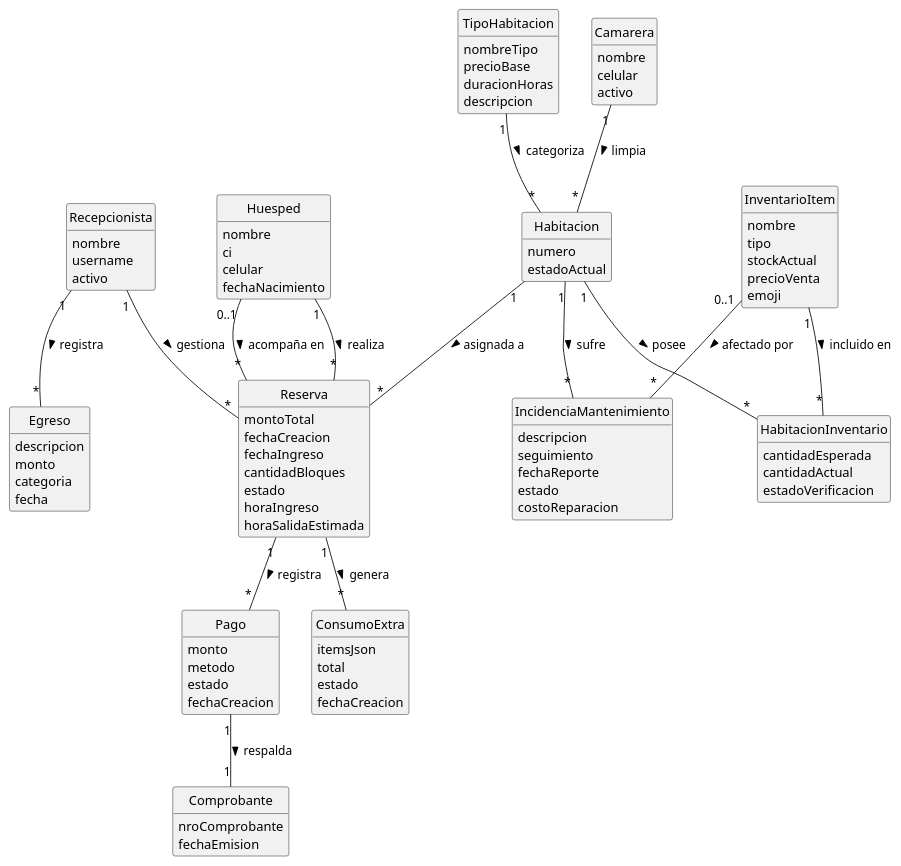
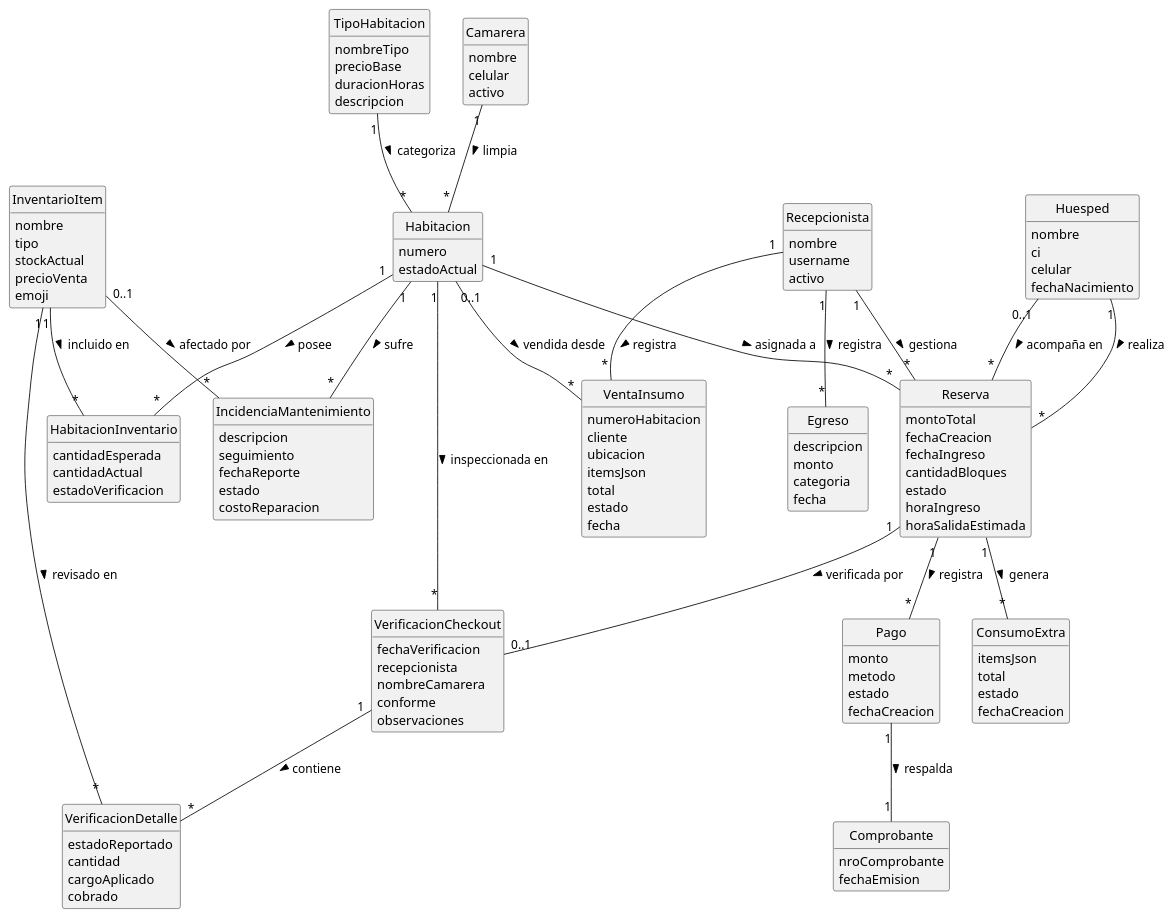
One commit to Tsmrain/GestionSistemas changed diagram 31 of 36 in RefactorV4.md. Above: the diagram before and after it, drawn with PlantUML. The commit also changed other lines of this file and 1 other file, not shown here.

````diff
--- a/RefactorV4.md
+++ b/RefactorV4.md
@@ -1777,6 +1771,31 @@
   fecha
 }
 
+class VentaInsumo {
+  numeroHabitacion
+  cliente
+  ubicacion
+  itemsJson
+  total
+  estado
+  fecha
+}
+
+class VerificacionCheckout {
+  fechaVerificacion
+  recepcionista
+  nombreCamarera
+  conforme
+  observaciones
+}
+
+class VerificacionDetalle {
+  estadoReportado
+  cantidad
+  cargoAplicado
+  cobrado
+}
+
 Huesped "1" -- "*" Reserva : realiza >
 Huesped "0..1" -- "*" Reserva : acompaña en >
 Habitacion "1" -- "*" Reserva : asignada a >
@@ -1791,5 +1810,11 @@
 Recepcionista "1" -- "*" Reserva : gestiona >
 Camarera "1" -- "*" Habitacion : limpia >
 Recepcionista "1" -- "*" Egreso : registra >
+Recepcionista "1" -- "*" VentaInsumo : registra >
+Habitacion "0..1" -- "*" VentaInsumo : vendida desde >
+Reserva "1" -- "0..1" VerificacionCheckout : verificada por >
+Habitacion "1" -- "*" VerificacionCheckout : inspeccionada en >
+VerificacionCheckout "1" -- "*" VerificacionDetalle : contiene >
+InventarioItem "1" -- "*" VerificacionDetalle : revisado en >
 @enduml
 ```
````
